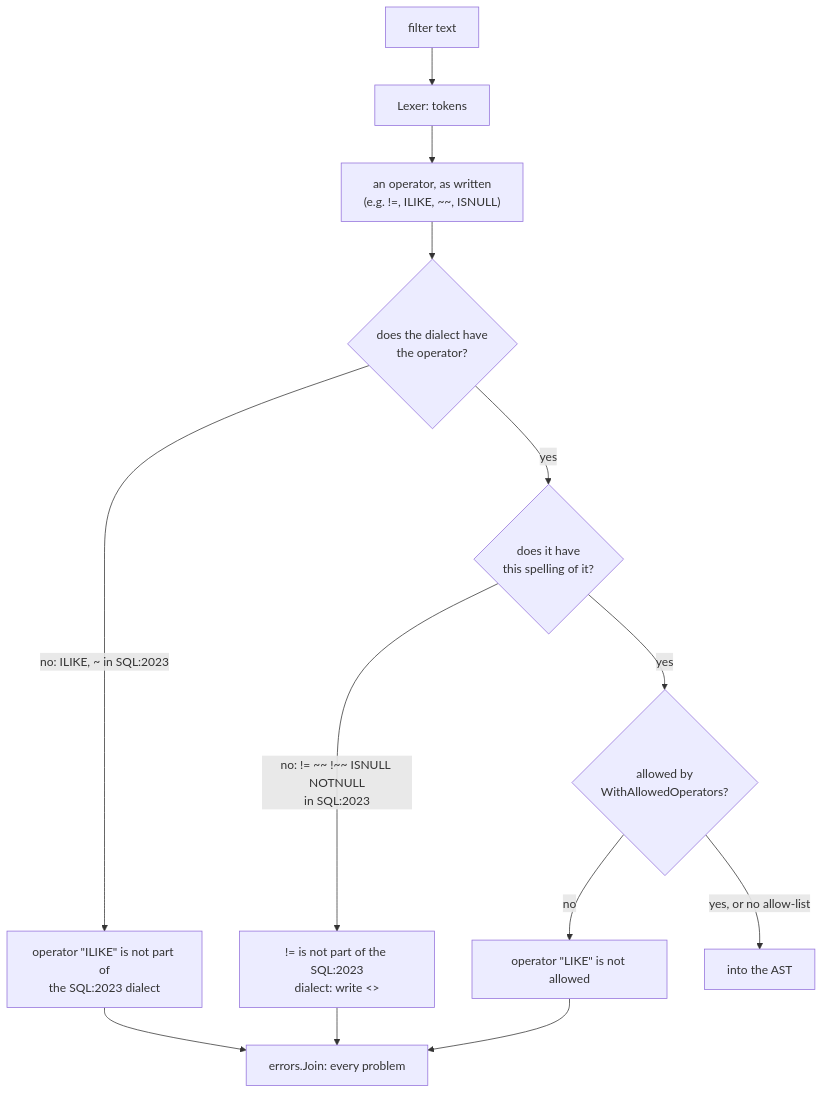
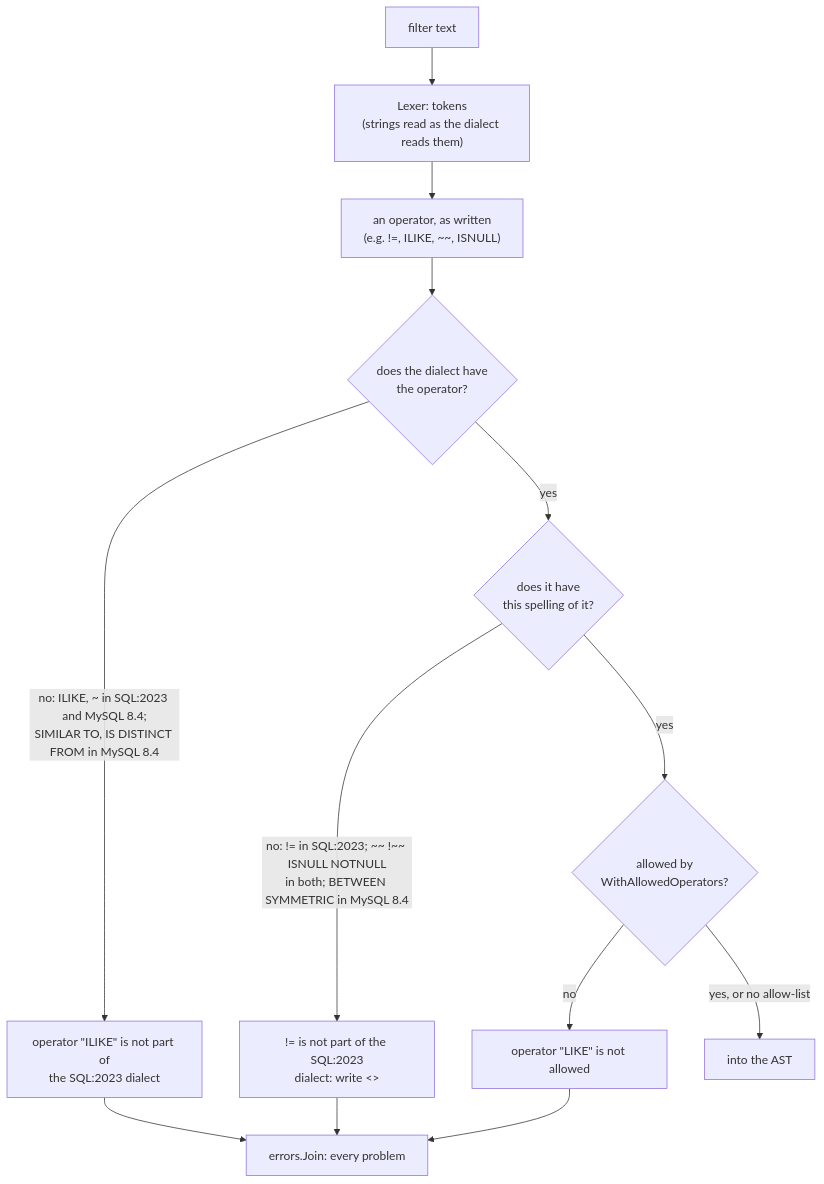
The third of 4 diagrams in docs/dialects.md (slashdevops/qfv), drawn with Mermaid before and after one commit. The commit also changed other lines of this file and 14 other files, not shown here.

````diff
--- a/docs/dialects.md
+++ b/docs/dialects.md
@@ -67,15 +112,15 @@
 ```mermaid
 flowchart TD
-    IN["filter text"] --> LEX["Lexer: tokens"]
+    IN["filter text"] --> LEX["Lexer: tokens<br/>(strings read as the dialect reads them)"]
     LEX --> OP["an operator, as written<br/>(e.g. !=, ILIKE, ~~, ISNULL)"]
     OP --> D1{"does the dialect have<br/>the operator?"}
-    D1 -->|"no: ILIKE, ~ in SQL:2023"| E1["operator &quot;ILIKE&quot; is not part of<br/>the SQL:2023 dialect"]
+    D1 -->|"no: ILIKE, ~ in SQL:2023 and MySQL 8.4;<br/>SIMILAR TO, IS DISTINCT FROM in MySQL 8.4"| E1["operator &quot;ILIKE&quot; is not part of<br/>the SQL:2023 dialect"]
     D1 -->|"yes"| D2{"does it have<br/>this spelling of it?"}
-    D2 -->|"no: != ~~ !~~ ISNULL NOTNULL<br/>in SQL:2023"| E2["!= is not part of the SQL:2023<br/>dialect: write &lt;&gt;"]
+    D2 -->|"no: != in SQL:2023; ~~ !~~ ISNULL NOTNULL<br/>in both; BETWEEN SYMMETRIC in MySQL 8.4"| E2["!= is not part of the SQL:2023<br/>dialect: write &lt;&gt;"]
     D2 -->|"yes"| A{"allowed by<br/>WithAllowedOperators?"}
     A -->|"no"| E3["operator &quot;LIKE&quot; is not allowed"]
     A -->|"yes, or no allow-list"| OK["into the AST"]
     E1 --> J["errors.Join: every problem"]
     E2 --> J
     E3 --> J
 ```
````
